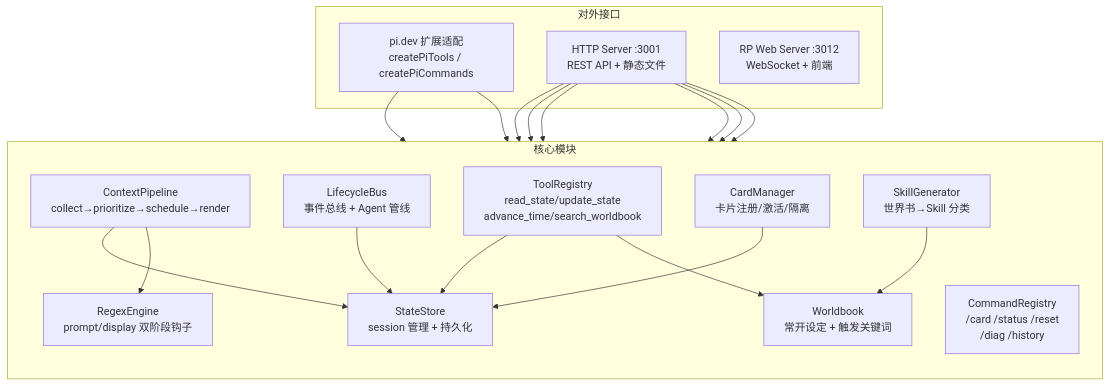
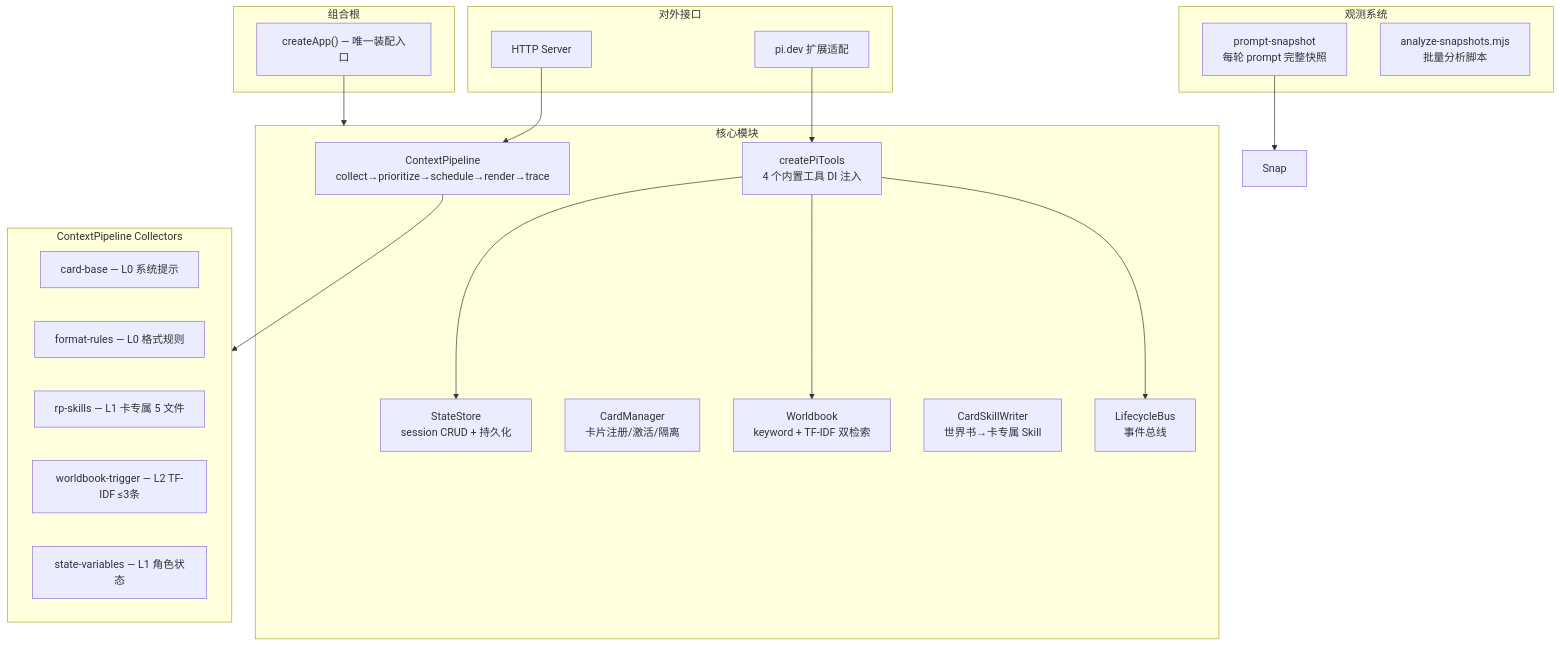
The second of 2 diagrams in docs/architecture.md (SDRTIO-bit/pi-stage), drawn with Mermaid before and after one commit. The commit also changed other lines of this file and 399 other files, not shown here.

````diff
--- a/docs/architecture.md
+++ b/docs/architecture.md
@@ -31,38 +31,43 @@
 ```mermaid
 flowchart TB
+    subgraph Composition["组合根"]
+        createApp["createApp() — 唯一装配入口"]
+    end
+
     subgraph Core["核心模块"]
-        direction TB
-        Pipeline[ContextPipeline<br/>collect→prioritize→schedule→render]
-        StateStore[StateStore<br/>session 管理 + 持久化]
+        Pipeline[ContextPipeline<br/>collect→prioritize→schedule→render→trace]
+        StateStore[StateStore<br/>session CRUD + 持久化]
         CardManager[CardManager<br/>卡片注册/激活/隔离]
-        Worldbook[Worldbook<br/>常开设定 + 触发关键词]
-        SkillGen[SkillGenerator<br/>世界书→Skill 分类]
-        Tools[ToolRegistry<br/>read_state/update_state<br/>advance_time/search_worldbook]
-        Commands[CommandRegistry<br/>/card /status /reset<br/>/diag /history]
-        Lifecycle[LifecycleBus<br/>事件总线 + Agent 管线]
-        RegexEngine[RegexEngine<br/>prompt/display 双阶段钩子]
+        Worldbook[Worldbook<br/>keyword + TF-IDF 双检索]
+        SkillGen[CardSkillWriter<br/>世界书→卡专属 Skill]
+        Tools[createPiTools<br/>4 个内置工具 DI 注入]
+        Lifecycle[LifecycleBus<br/>事件总线]
+    end
+
+    subgraph Collectors["ContextPipeline Collectors"]
+        CardBase[card-base — L0 系统提示]
+        FormatRules[format-rules — L0 格式规则]
+        RPSkills[rp-skills — L1 卡专属 5 文件]
+        WorldTrigger[worldbook-trigger — L2 TF-IDF ≤3条]
+        StateVars[state-variables — L1 角色状态]
     end
 
     subgraph External["对外接口"]
-        HTTPServer[HTTP Server :3001<br/>REST API + 静态文件]
-        PiExt[pi.dev 扩展适配<br/>createPiTools / createPiCommands]
-        RPWebServer[RP Web Server :3012<br/>WebSocket + 前端]
+        HTTPServer[HTTP Server]
+        PiExt[pi.dev 扩展适配]
     end
 
-    PiExt --> Tools
-    PiExt --> Commands
-    HTTPServer --> Pipeline
-    HTTPServer --> StateStore
-    HTTPServer --> CardManager
-    HTTPServer --> Worldbook
-    HTTPServer --> Tools
-    HTTPServer --> Lifecycle
+    subgraph Obs["观测系统"]
+        Snapshot[prompt-snapshot<br/>每轮 prompt 完整快照]
+        Analyze[analyze-snapshots.mjs<br/>批量分析脚本]
+    end
 
-    Pipeline --> StateStore
-    Pipeline --> RegexEngine
-    Lifecycle --> StateStore
+    createApp --> Core
+    Pipeline --> Collectors
     Tools --> StateStore
     Tools --> Worldbook
-    CardManager --> StateStore
-    SkillGen --> Worldbook
+    Tools --> Lifecycle
+    PiExt --> Tools
+    HTTPServer --> Pipeline
+    Snapshot --> Snap
 ```
````
